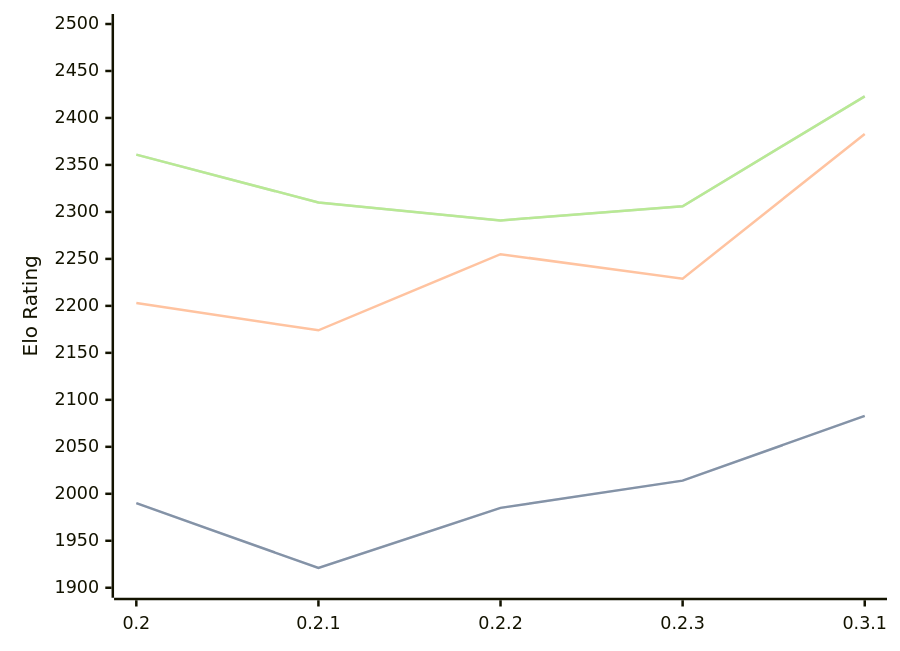
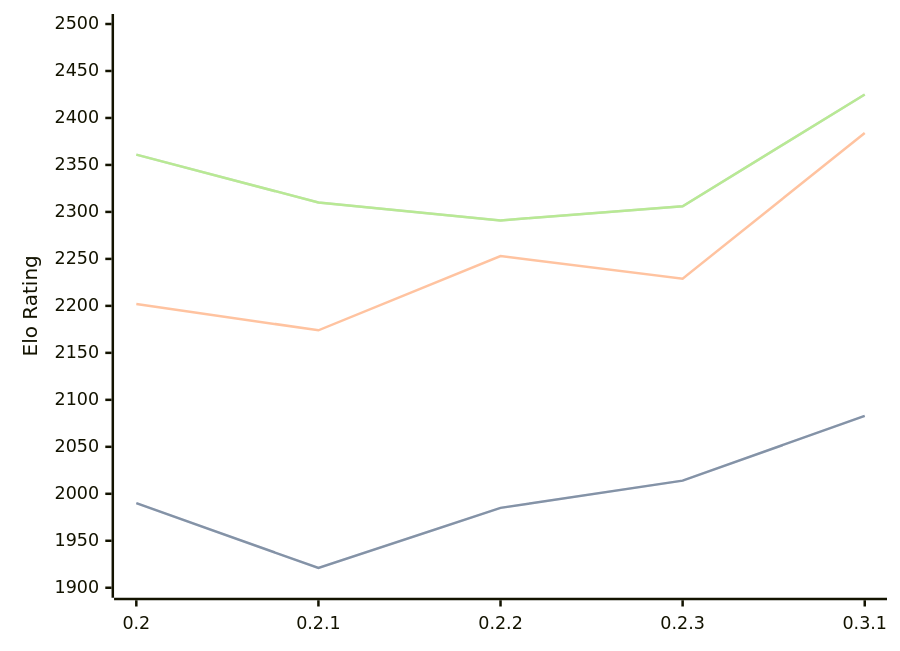
One commit to computer-chess-index/cci changed the first of 3 diagrams in engines/Lolbot.md. Above: the diagram before and after it, drawn with Mermaid. The commit also changed other lines of this file, not shown here.

Commit message:
Update CCI Ratings (ELO VLTC) - 2026-06-17

````diff
--- a/engines/Lolbot.md
+++ b/engines/Lolbot.md
@@ -36,11 +36,11 @@
 ```mermaid
 %%{init: {"theme":"base","themeVariables":{"seriesColors:['#a3a3a3','#222221','#faa371']}}}%%
 xychart-beta
   x-axis ["0.2", "0.2.1", "0.2.2", "0.2.3", "0.3.1"]
   y-axis "Elo Rating" 1900 --> 2500
   line "STC (8.0+0.08s)" [1990, 1921, 1985, 2014, 2083]
   line "STC (8.0+0.08s)" [1990, 1921, 1985, 2014, 2083]
-  line "LTC (60.0+0.60s)" [2203, 2174, 2255, 2229, 2383]
-  line "VLTC (2m24s+1.12s)" [2361, 2310, 2291, 2306, 2423]
-  line "VLTC (2m24s+1.12s)" [2361, 2310, 2291, 2306, 2423]
+  line "LTC (60.0+0.60s)" [2202, 2174, 2253, 2229, 2384]
+  line "VLTC (2m24s+1.12s)" [2361, 2310, 2291, 2306, 2425]
+  line "VLTC (2m24s+1.12s)" [2361, 2310, 2291, 2306, 2425]
 ```
````
